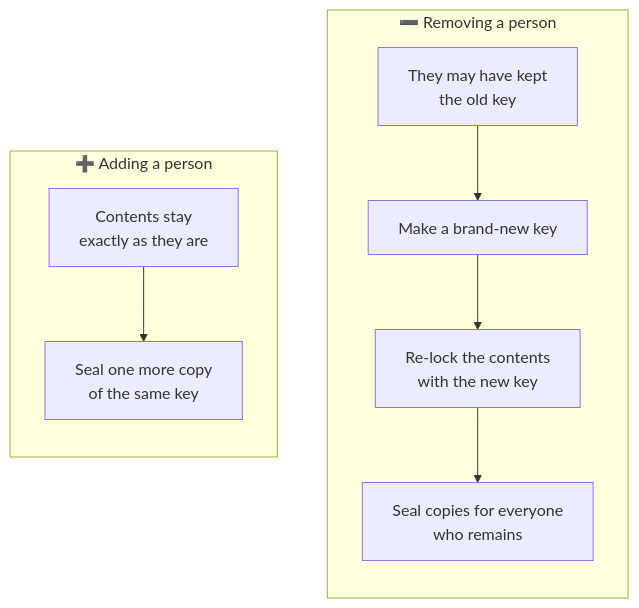
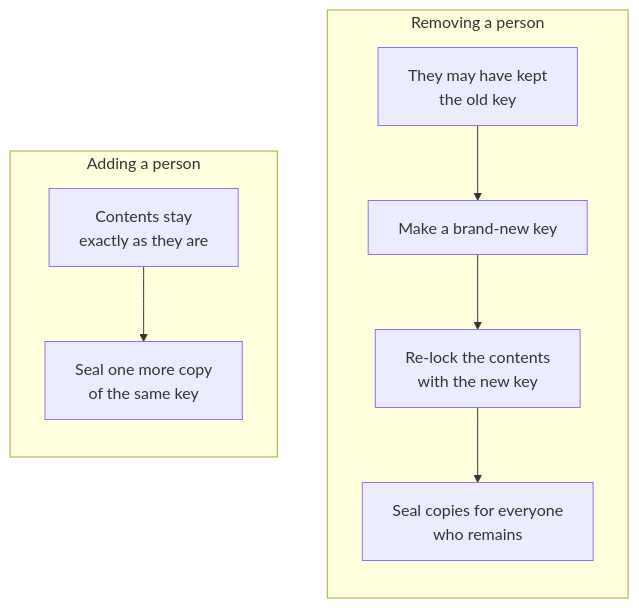
One commit to kigster/kigre-astro changed the seventh of 16 diagrams in src/content/blog/2026-11-12--sharing-encrypted-documents-without-trusting-your-server.md. Above: the diagram before and after it, drawn with Mermaid. The commit also changed other lines of this file and 4 other files, not shown here.

````diff
--- a/src/content/blog/2026-11-12--sharing-encrypted-documents-without-trusting-your-server.md
+++ b/src/content/blog/2026-11-12--sharing-encrypted-documents-without-trusting-your-server.md
@@ -284,18 +338,18 @@
 ```mermaid
 flowchart LR
-    subgraph ADD["➕ Adding a person"]
+    subgraph ADD["Adding a person"]
         direction TB
         A1["Contents stay<br/>exactly as they are"]
         A2["Seal one more copy<br/>of the same key"]
         A1 --> A2
     end
-    subgraph REM["➖ Removing a person"]
+    subgraph REM["Removing a person"]
         direction TB
         R1["They may have kept<br/>the old key"]
         R2["Make a brand-new key"]
         R3["Re-lock the contents<br/>with the new key"]
         R4["Seal copies for everyone<br/>who remains"]
         R1 --> R2 --> R3 --> R4
     end
     ADD ~~~ REM
 ```
````
